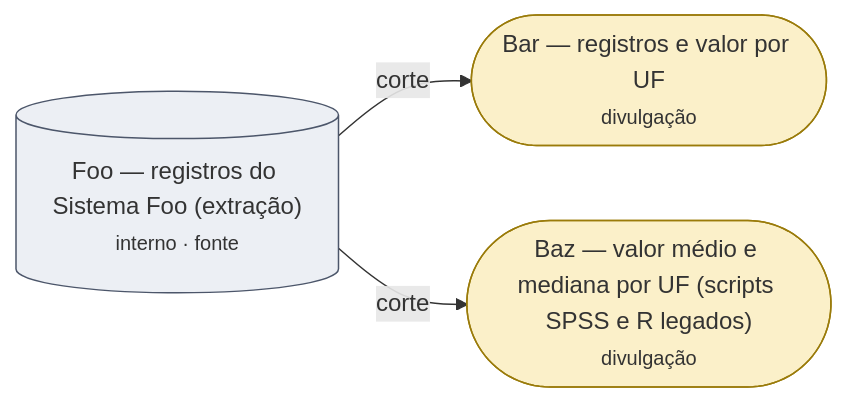
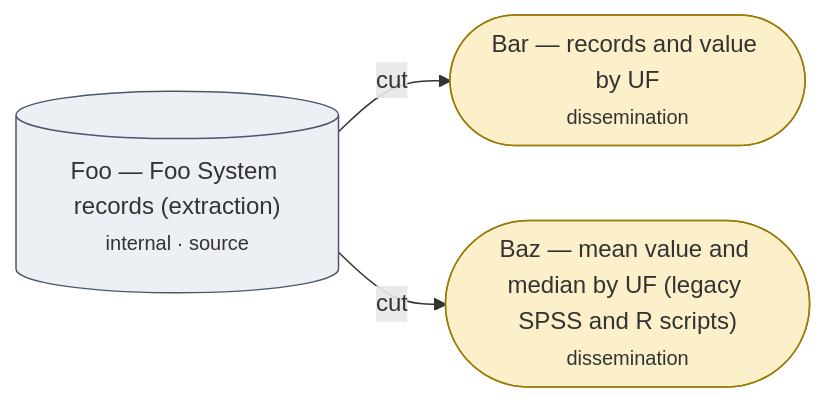
The diagram in examples/foo-bar/content/docs/catalog.md (Jaimenms/statera), drawn with Mermaid before and after one commit. The commit also changed other lines of this file and 327 other files, not shown here.

````diff
--- a/examples/foo-bar/content/docs/catalog.md
+++ b/examples/foo-bar/content/docs/catalog.md
@@ -20,12 +20,12 @@
 ```mermaid
 flowchart LR
-  p_bar(["Bar — registros e valor por UF<br/><small>divulgação</small>"])
-  p_baz(["Baz — valor médio e mediana por UF (scripts SPSS e R legados)<br/><small>divulgação</small>"])
-  p_foo[("Foo — registros do Sistema Foo (extração)<br/><small>interno · fonte</small>")]
-  p_foo -->|corte| p_bar
-  p_foo -->|corte| p_baz
-  classDef interno fill:#ECEFF4,stroke:#4C566A
-  classDef publico fill:#FBF0C9,stroke:#9A7B0A
-  class p_foo interno
-  class p_bar,p_baz publico
+  p_bar(["Bar — records and value by UF<br/><small>dissemination</small>"])
+  p_baz(["Baz — mean value and median by UF (legacy SPSS and R scripts)<br/><small>dissemination</small>"])
+  p_foo[("Foo — Foo System records (extraction)<br/><small>internal · source</small>")]
+  p_foo -->|cut| p_bar
+  p_foo -->|cut| p_baz
+  classDef internal fill:#ECEFF4,stroke:#4C566A
+  classDef public fill:#FBF0C9,stroke:#9A7B0A
+  class p_foo internal
+  class p_bar,p_baz public
 ```
````
